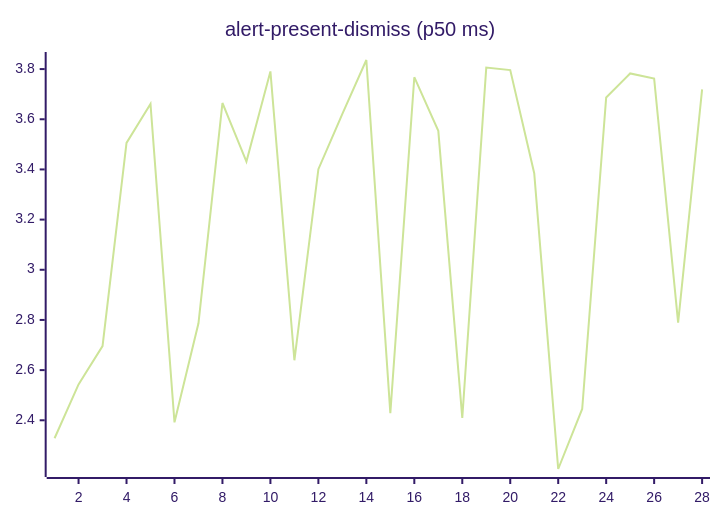
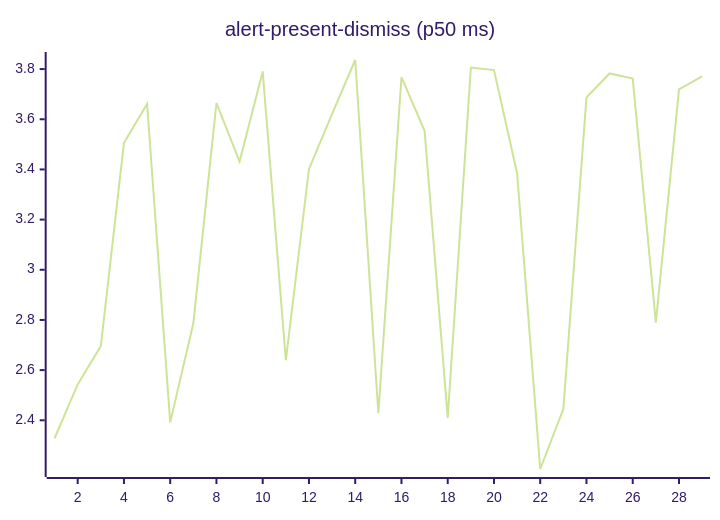
One commit to josha/Facet changed the second of 27 diagrams in README.md. Above: the diagram before and after it, drawn with Mermaid (forest theme). The commit also changed other lines of this file and 2 other files, not shown here.

````diff
--- a/README.md
+++ b/README.md
@@ -70,6 +70,6 @@
 ```mermaid
 xychart-beta
     title "alert-present-dismiss (p50 ms)"
-    x-axis 1 --> 28
-    line [2.3284, 2.5432, 2.6957, 3.5058, 3.6611, 2.3918, 2.7865, 3.6648, 3.4312, 3.7906, 2.6392, 3.4008, 3.6212, 3.8362, 2.4288, 3.7676, 3.5538, 2.4095, 3.8060, 3.7961, 3.3851, 2.2058, 2.4450, 3.6869, 3.7826, 3.7621, 2.7891, 3.7187]
+    x-axis 1 --> 29
+    line [2.3284, 2.5432, 2.6957, 3.5058, 3.6611, 2.3918, 2.7865, 3.6648, 3.4312, 3.7906, 2.6392, 3.4008, 3.6212, 3.8362, 2.4288, 3.7676, 3.5538, 2.4095, 3.8060, 3.7961, 3.3851, 2.2058, 2.4450, 3.6869, 3.7826, 3.7621, 2.7891, 3.7187, 3.7708]
 ```
````
